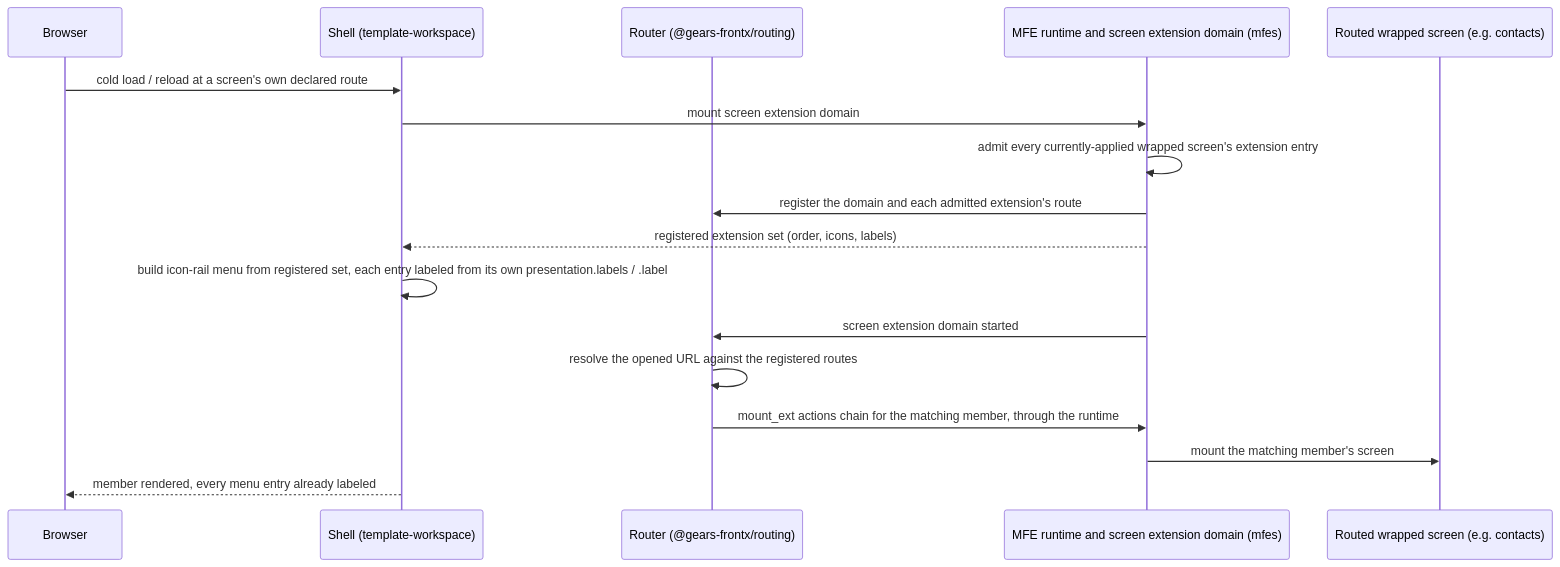
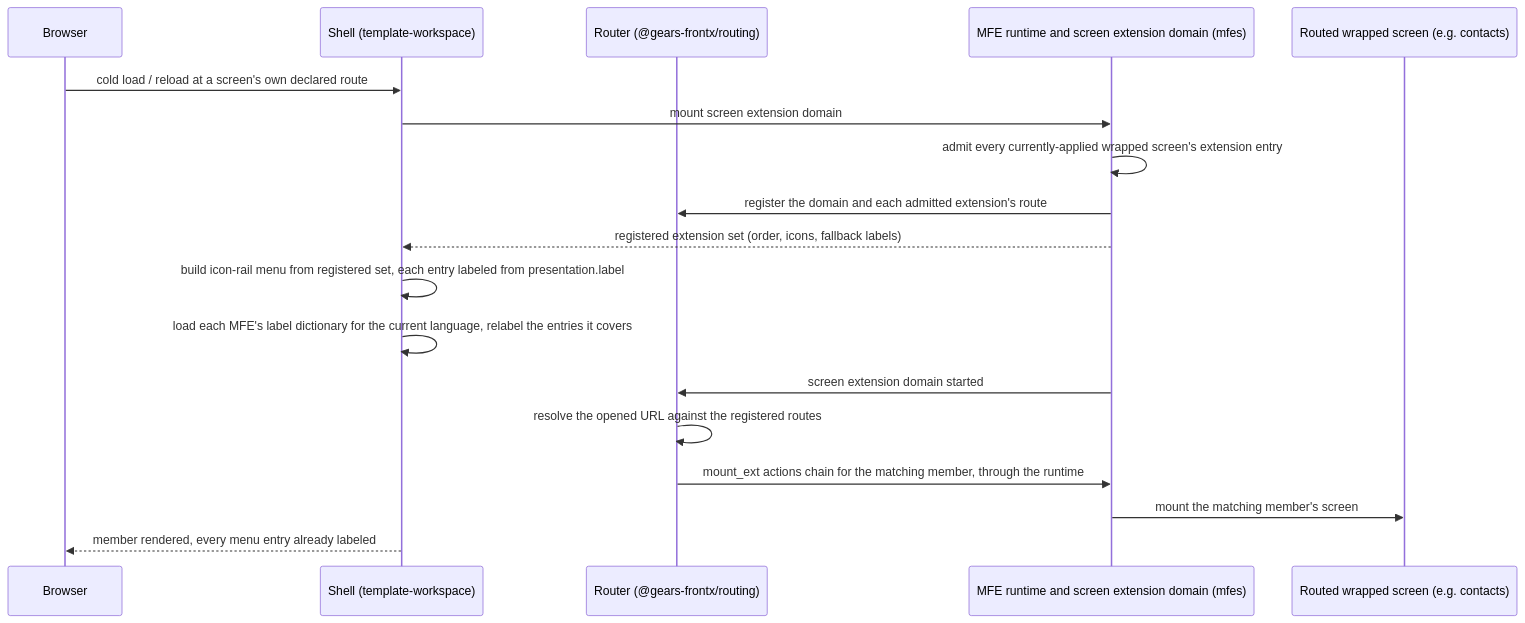
The second of 2 diagrams in architecture/workspace-templates/DESIGN.md (constructorfabric/gears-frontx-templates), drawn with Mermaid before and after one commit. The commit also changed other lines of this file and 1 other file, not shown here.

First line of the commit message:
docs(workspace-templates): describe menu labels as per-MFE, per-language dictionaries

````diff
--- a/architecture/workspace-templates/DESIGN.md
+++ b/architecture/workspace-templates/DESIGN.md
@@ -369,19 +380,20 @@
 ```mermaid
 sequenceDiagram
     participant Browser
     participant Shell as Shell (template-workspace)
     participant Router as Router (@gears-frontx/routing)
     participant Domain as MFE runtime and screen extension domain (mfes)
     participant Screen as Routed wrapped screen (e.g. contacts)
     Browser->>Shell: cold load / reload at a screen's own declared route
     Shell->>Domain: mount screen extension domain
     Domain->>Domain: admit every currently-applied wrapped screen's extension entry
     Domain->>Router: register the domain and each admitted extension's route
-    Domain-->>Shell: registered extension set (order, icons, labels)
-    Shell->>Shell: build icon-rail menu from registered set, each entry labeled from its own presentation.labels / .label
+    Domain-->>Shell: registered extension set (order, icons, fallback labels)
+    Shell->>Shell: build icon-rail menu from registered set, each entry labeled from presentation.label
+    Shell->>Shell: load each MFE's label dictionary for the current language, relabel the entries it covers
     Domain->>Router: screen extension domain started
     Router->>Router: resolve the opened URL against the registered routes
     Router->>Domain: mount_ext actions chain for the matching member, through the runtime
     Domain->>Screen: mount the matching member's screen
     Shell-->>Browser: member rendered, every menu entry already labeled
 ```
````
